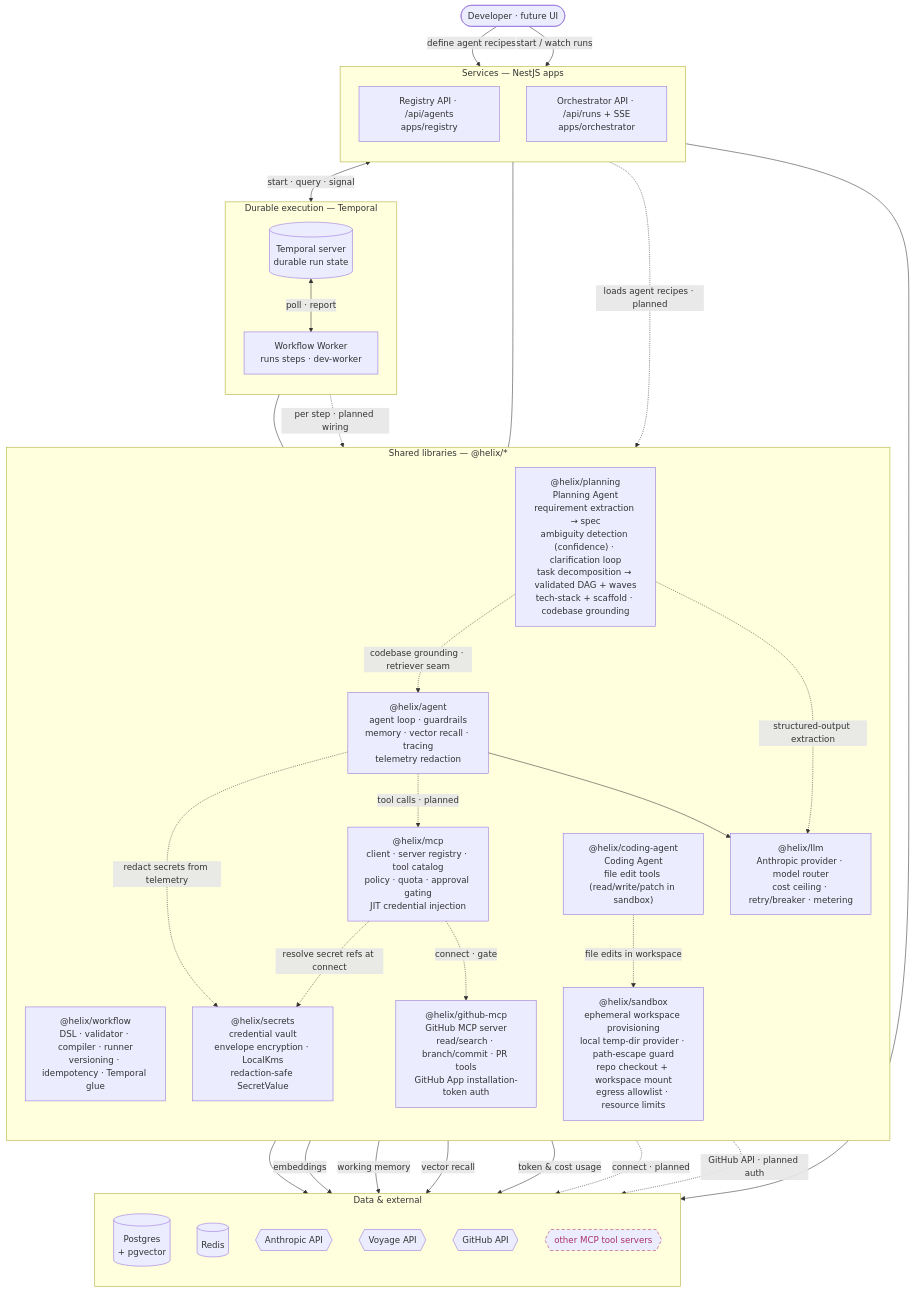
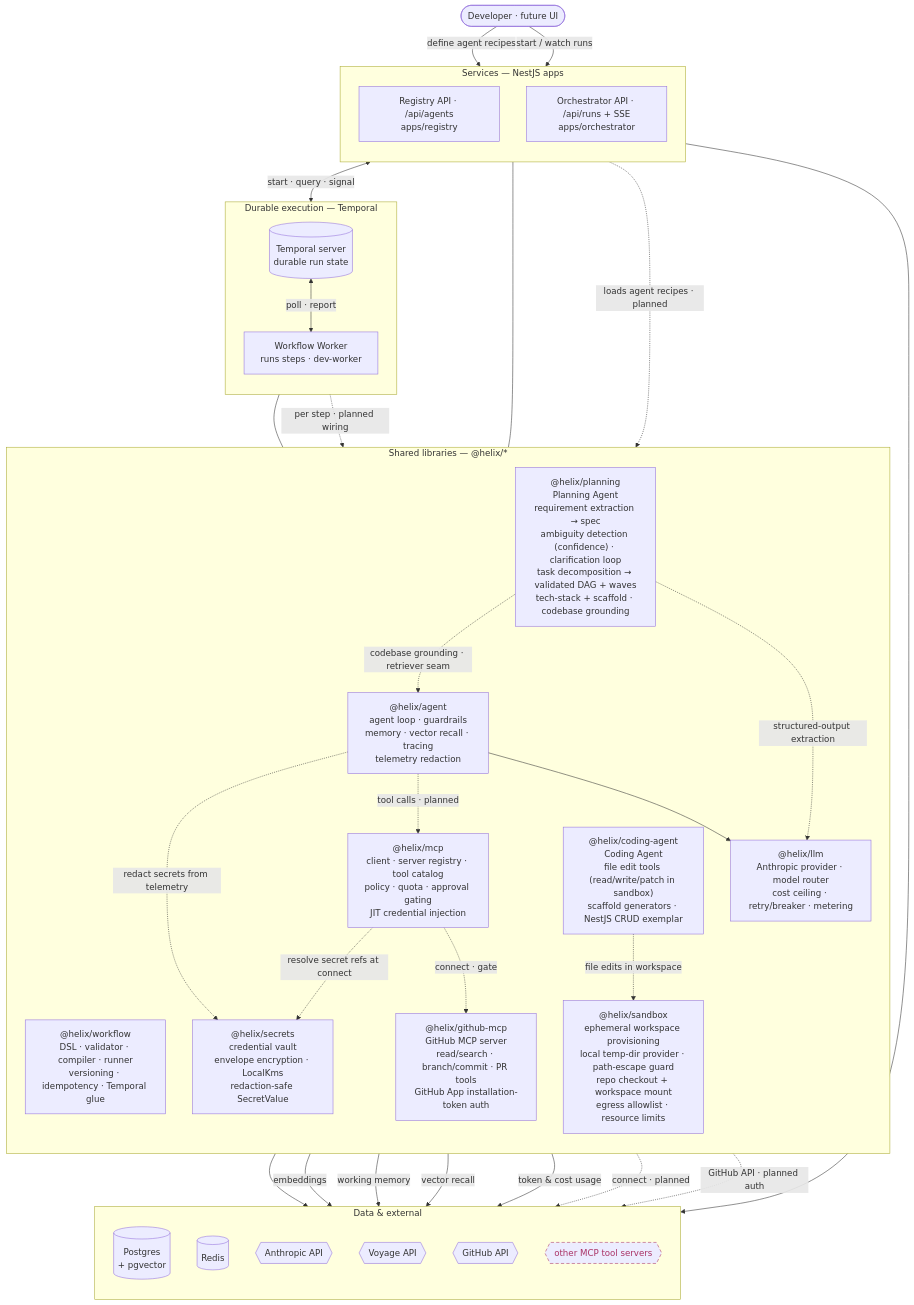
Before and after one commit to shhashhank/helix: the first of 2 diagrams in docs/ARCHITECTURE.md, drawn with Mermaid. The commit also changed 6 other files, not shown here.

First line of the commit message:
HELIX-104: scaffolding/templates (NestJS CRUD exemplar) (#66)

````diff
--- a/docs/ARCHITECTURE.md
+++ b/docs/ARCHITECTURE.md
@@ -16,67 +16,67 @@
 ```mermaid
 flowchart TB
   user([Developer · future UI])
 
   subgraph svc["Services — NestJS apps"]
     direction TB
     reg["Registry API · /api/agents<br/>apps/registry"]
     orc["Orchestrator API · /api/runs + SSE<br/>apps/orchestrator"]
   end
 
   subgraph dur["Durable execution — Temporal"]
     direction TB
     tmp[("Temporal server<br/>durable run state")]
     wkr["Workflow Worker<br/>runs steps · dev-worker"]
   end
 
   subgraph lib["Shared libraries — @helix/*"]
     direction TB
     wf["@helix/workflow<br/>DSL · validator · compiler · runner<br/>versioning · idempotency · Temporal glue"]
     ag["@helix/agent<br/>agent loop · guardrails<br/>memory · vector recall · tracing<br/>telemetry redaction"]
     lm["@helix/llm<br/>Anthropic provider · model router<br/>cost ceiling · retry/breaker · metering"]
     mc["@helix/mcp<br/>client · server registry · tool catalog<br/>policy · quota · approval gating<br/>JIT credential injection"]
     gh["@helix/github-mcp<br/>GitHub MCP server<br/>read/search · branch/commit · PR tools<br/>GitHub App installation-token auth"]
     sec["@helix/secrets<br/>credential vault<br/>envelope encryption · LocalKms<br/>redaction-safe SecretValue"]
     pl["@helix/planning<br/>Planning Agent<br/>requirement extraction → spec<br/>ambiguity detection (confidence) · clarification loop<br/>task decomposition → validated DAG + waves<br/>tech-stack + scaffold · codebase grounding"]
     sbx["@helix/sandbox<br/>ephemeral workspace provisioning<br/>local temp-dir provider · path-escape guard<br/>repo checkout + workspace mount<br/>egress allowlist · resource limits"]
-    cag["@helix/coding-agent<br/>Coding Agent<br/>file edit tools (read/write/patch in sandbox)"]
+    cag["@helix/coding-agent<br/>Coding Agent<br/>file edit tools (read/write/patch in sandbox)<br/>scaffold generators · NestJS CRUD exemplar"]
   end
 
   subgraph dat["Data & external"]
     direction TB
     pg[("Postgres<br/>+ pgvector")]
     rd[("Redis")]
     an{{Anthropic API}}
     vo{{Voyage API}}
     gha{{GitHub API}}
     ext{{other MCP tool servers}}
   end
 
   user -->|define agent recipes| reg
   user -->|start / watch runs| orc
   reg --> pg
   orc <-->|start · query · signal| tmp
   tmp <-->|poll · report| wkr
   wkr --- wf
   orc --- wf
   wkr -.->|per step · planned wiring| ag
   reg -.->|loads agent recipes · planned| ag
   ag --> lm
   ag -.->|tool calls · planned| mc
   lm --> an
   ag -->|embeddings| vo
   ag -->|working memory| rd
   ag -->|vector recall| pg
   lm -->|token & cost usage| pg
   mc -.->|connect · gate| gh
   mc -.->|connect · planned| ext
   mc -.->|resolve secret refs at connect| sec
   ag -.->|redact secrets from telemetry| sec
   pl -.->|structured-output extraction| lm
   pl -.->|codebase grounding · retriever seam| ag
   cag -.->|file edits in workspace| sbx
   gh -.->|GitHub API · planned auth| gha
 
   classDef planned stroke-dasharray:6 4,stroke:#a36,color:#a36;
   class ext planned;
 ```
````
